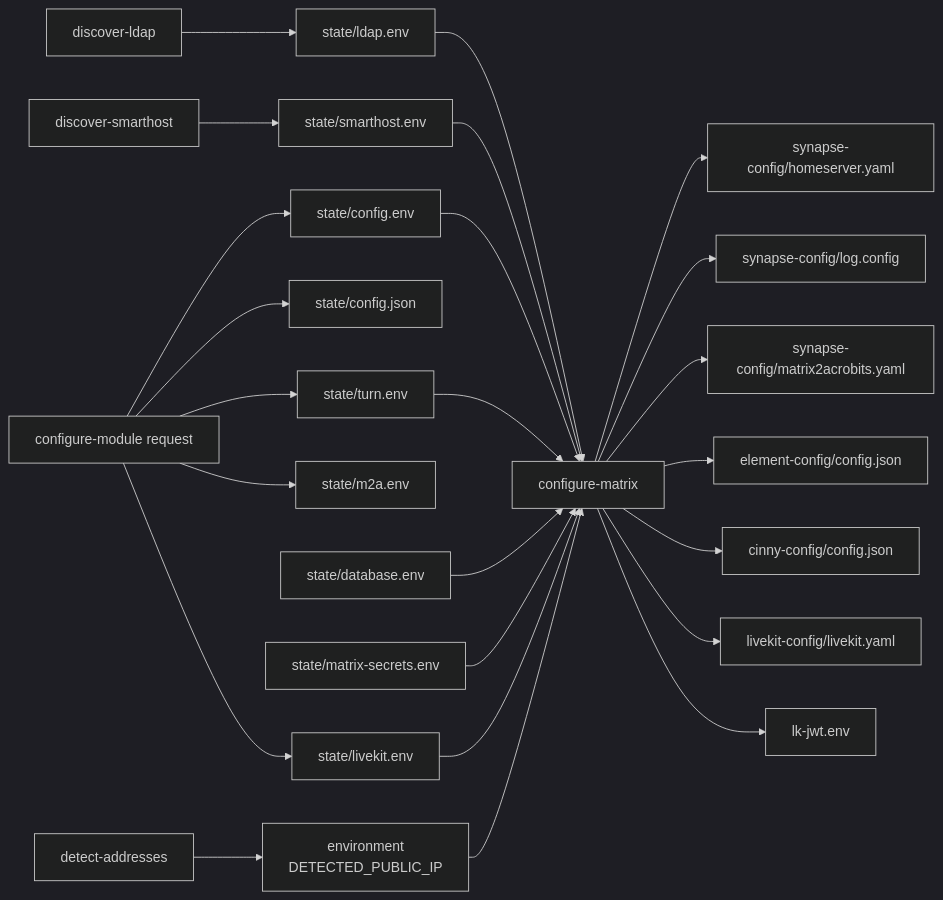
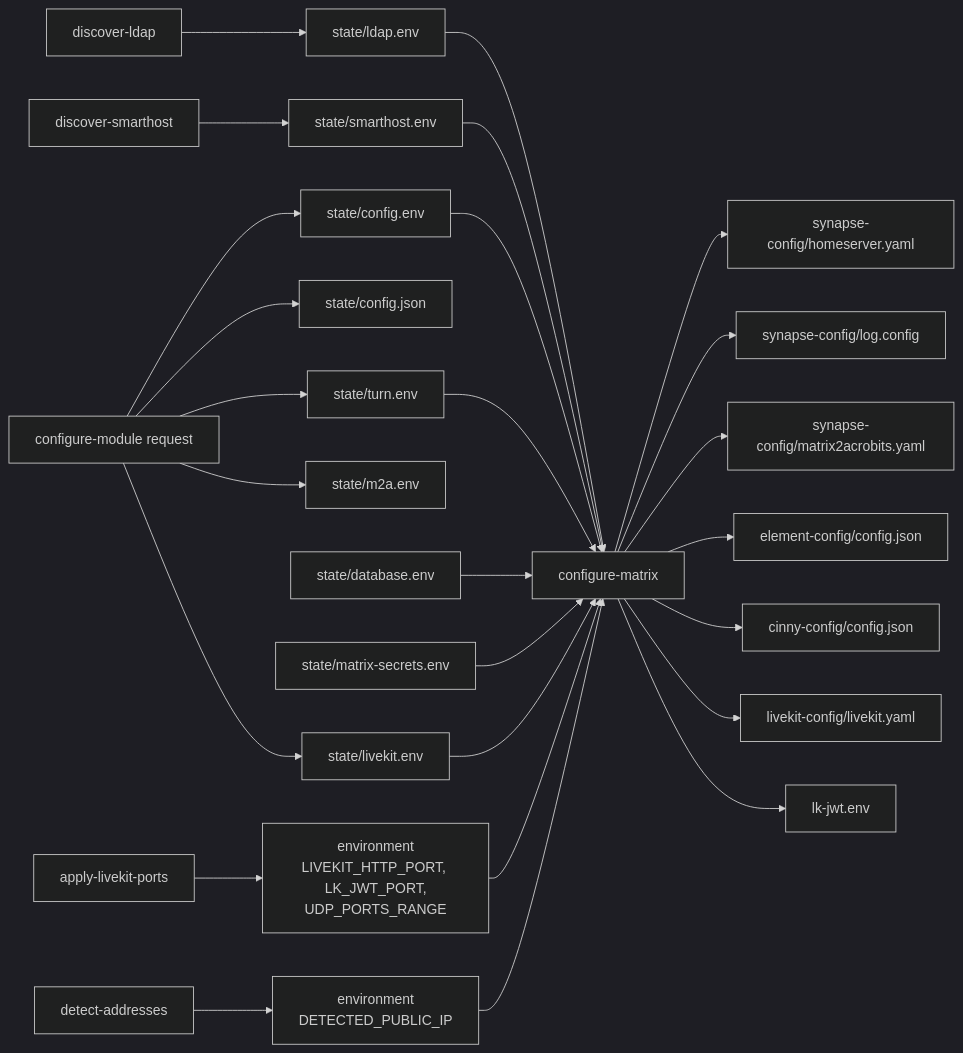
Before and after one commit to NethServer/ns8-matrix: the fourth of 5 diagrams in docs/architecture.md, drawn with Mermaid (dark theme). The commit also changed other lines of this file and 2 other files, not shown here.

Commit message:
docs: align the LiveKit pages with the relay range and start fixes

````diff
--- a/docs/architecture.md
+++ b/docs/architecture.md
@@ -191,27 +193,29 @@
 ```mermaid
 flowchart LR
     R[configure-module request] --> CE[state/config.env]
     R --> CJ[state/config.json]
     R --> TE[state/turn.env]
     DL[discover-ldap] --> LE[state/ldap.env]
     R --> ME[state/m2a.env]
     DS[discover-smarthost] --> SE[state/smarthost.env]
     CM[configure-matrix]
     CE --> CM
     LE --> CM
     SE --> CM
     TE --> CM
     DB[state/database.env] --> CM
     MS[state/matrix-secrets.env] --> CM
     CM --> H[synapse-config/homeserver.yaml]
     CM --> LC[synapse-config/log.config]
     CM --> A[synapse-config/matrix2acrobits.yaml]
     CM --> EC[element-config/config.json]
     CM --> CC[cinny-config/config.json]
     DA[detect-addresses] --> DE["environment<br/>DETECTED_PUBLIC_IP"]
+    AP[apply-livekit-ports] --> UE["environment<br/>LIVEKIT_HTTP_PORT, LK_JWT_PORT,<br/>UDP_PORTS_RANGE"]
+    UE --> CM
     R --> LV[state/livekit.env]
     DE --> CM
     LV --> CM
     CM --> LY[livekit-config/livekit.yaml]
     CM --> LJ[lk-jwt.env]
 ```
````
